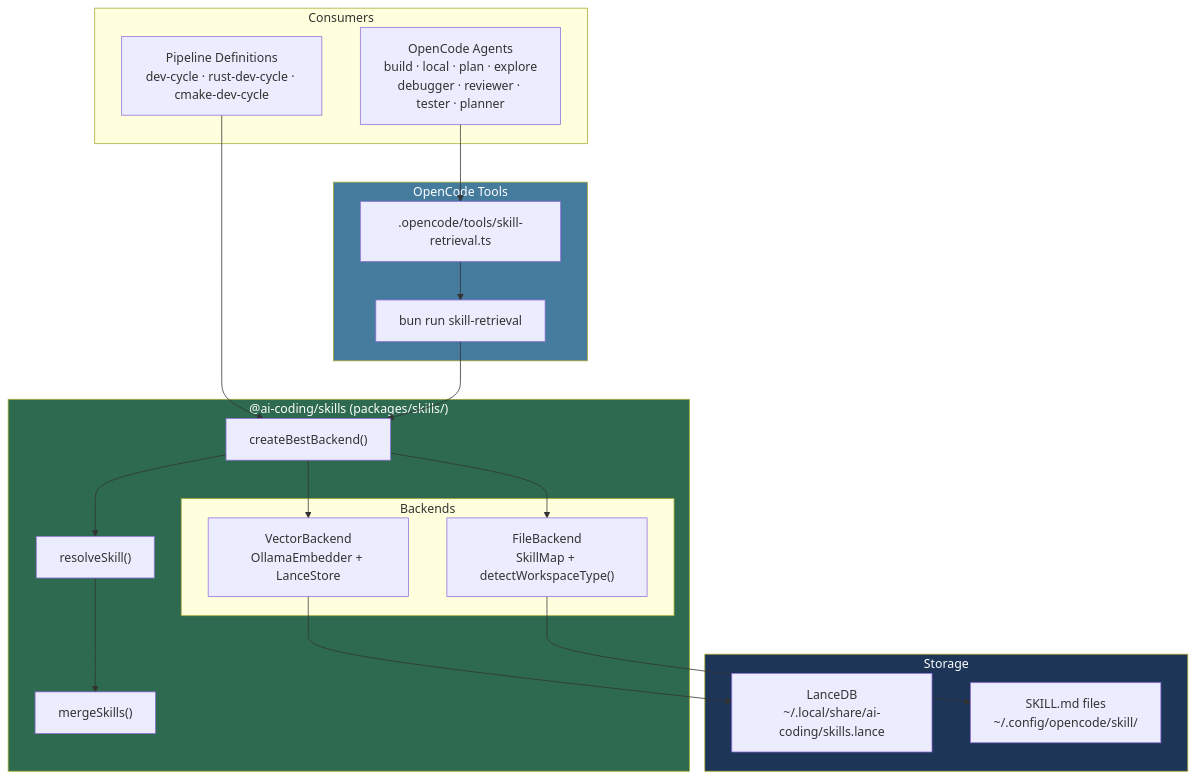
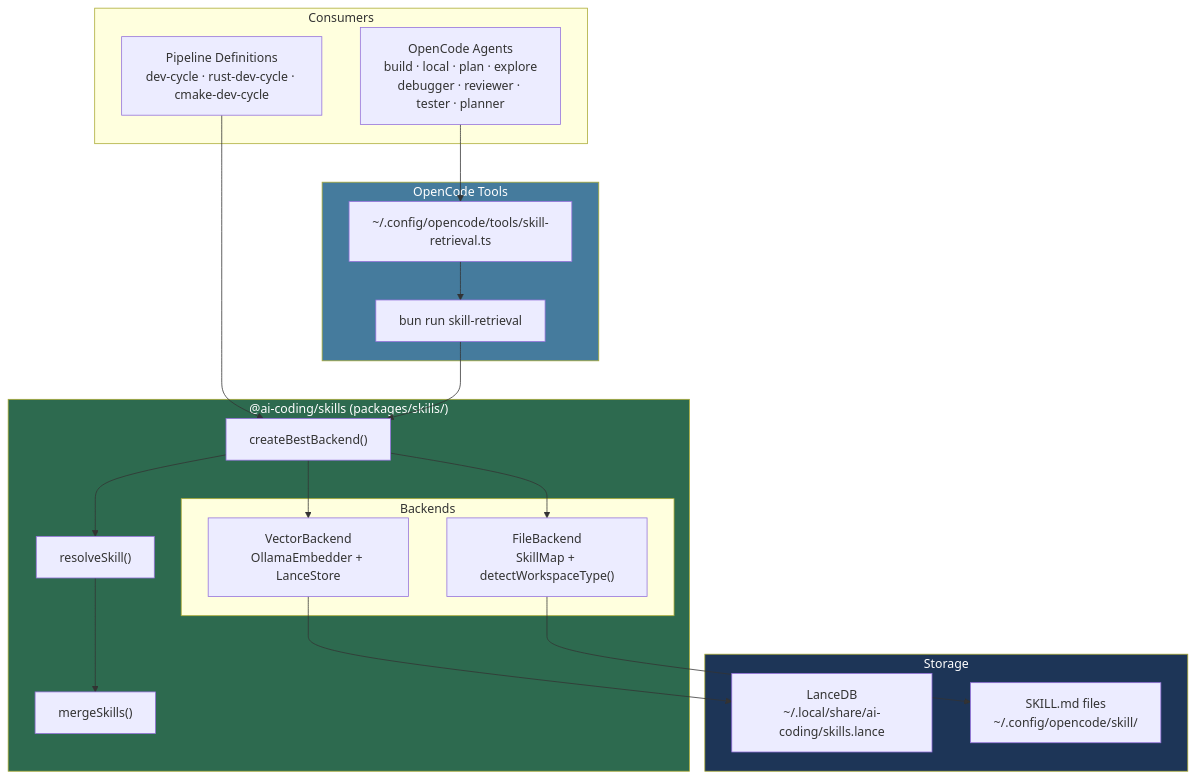
Before and after one commit to vansweej/ai-coding: the first of 8 diagrams in docs/skills.md, drawn with Mermaid. The commit also changed 19 other files, not shown here.

First line of the commit message:
chore: remove redundant .opencode dir, use global OpenCode config

````diff
--- a/docs/skills.md
+++ b/docs/skills.md
@@ -38,46 +38,46 @@
 ```mermaid
 graph TD
     subgraph Consumers["Consumers"]
         Pipelines["Pipeline Definitions\ndev-cycle · rust-dev-cycle · cmake-dev-cycle"]
         OpenCode["OpenCode Agents\nbuild · local · plan · explore\ndebugger · reviewer · tester · planner"]
     end
 
     subgraph SkillsPkg["@ai-coding/skills (packages/skills/)"]
         CreateBackend["createBestBackend()"]
         ResolveSkill["resolveSkill()"]
         MergeSkills["mergeSkills()"]
 
         subgraph Backends["Backends"]
             VectorBack["VectorBackend\nOllamaEmbedder + LanceStore"]
             FileBack["FileBackend\nSkillMap + detectWorkspaceType()"]
         end
     end
 
     subgraph Storage["Storage"]
         LanceDB["LanceDB\n~/.local/share/ai-coding/skills.lance"]
         SkillFiles["SKILL.md files\n~/.config/opencode/skill/"]
     end
 
     subgraph Tools["OpenCode Tools"]
-        SkillTool[".opencode/tools/skill-retrieval.ts"]
+        SkillTool["~/.config/opencode/tools/skill-retrieval.ts"]
         SkillCLI["bun run skill-retrieval"]
     end
 
     Pipelines --> CreateBackend
     OpenCode --> SkillTool
     SkillTool --> SkillCLI
     SkillCLI --> CreateBackend
 
     CreateBackend --> VectorBack
     CreateBackend --> FileBack
 
     VectorBack --> LanceDB
     FileBack --> SkillFiles
 
     CreateBackend --> ResolveSkill
     ResolveSkill --> MergeSkills
 
     style SkillsPkg fill:#2d6a4f,color:#fff
     style Storage fill:#1d3557,color:#fff
     style Tools fill:#457b9d,color:#fff
 ```
````
